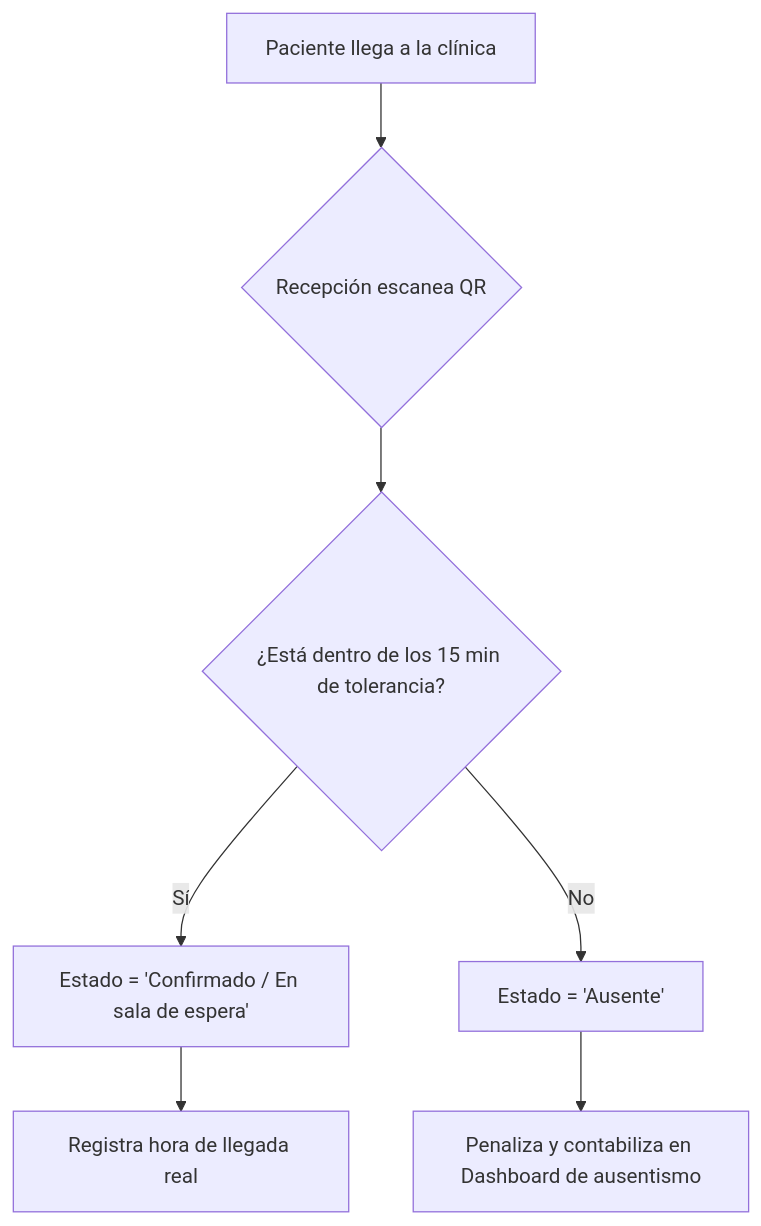
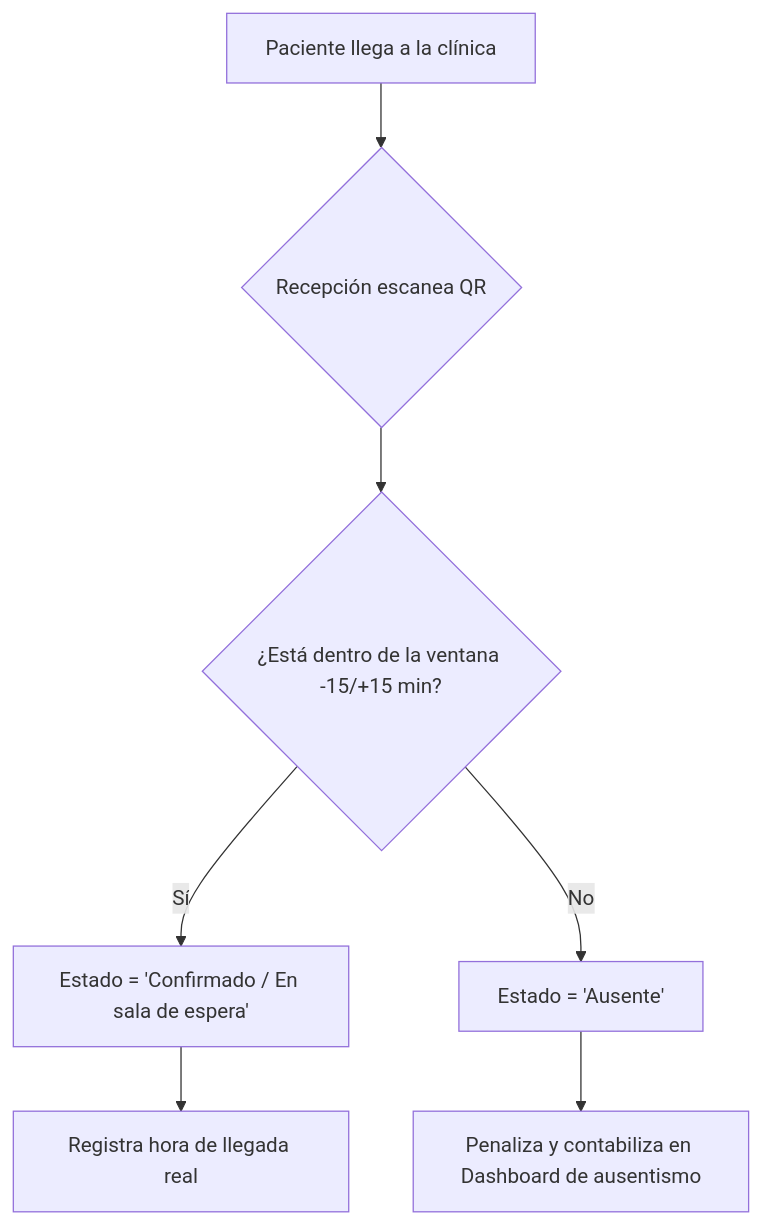
The third of 3 diagrams in docs/diagramas.md (Jcasco-Fiuba/centro-medico-salud-integral), drawn with Mermaid before and after one commit. The commit also changed other lines of this file and 3 other files, not shown here.

````diff
--- a/docs/diagramas.md
+++ b/docs/diagramas.md
@@ -59,9 +91,9 @@
 ```mermaid
 flowchart TD
     A[Paciente llega a la clínica] --> B{Recepción escanea QR}
-    B --> C{¿Está dentro de los 15 min de tolerancia?}
+    B --> C{¿Está dentro de la ventana -15/+15 min?}
     C -- Sí --> D[Estado = 'Confirmado / En sala de espera']
     C -- No --> E[Estado = 'Ausente']
     D --> F[Registra hora de llegada real]
     E --> G[Penaliza y contabiliza en Dashboard de ausentismo]
 ```
````
